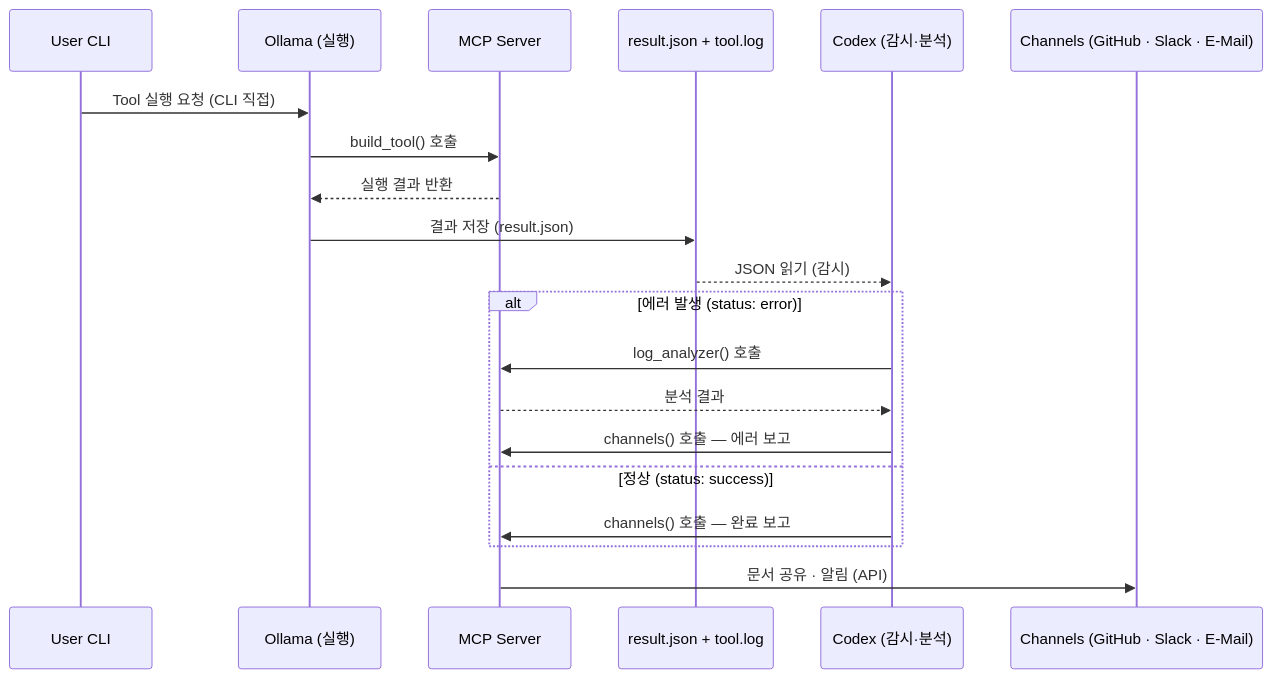
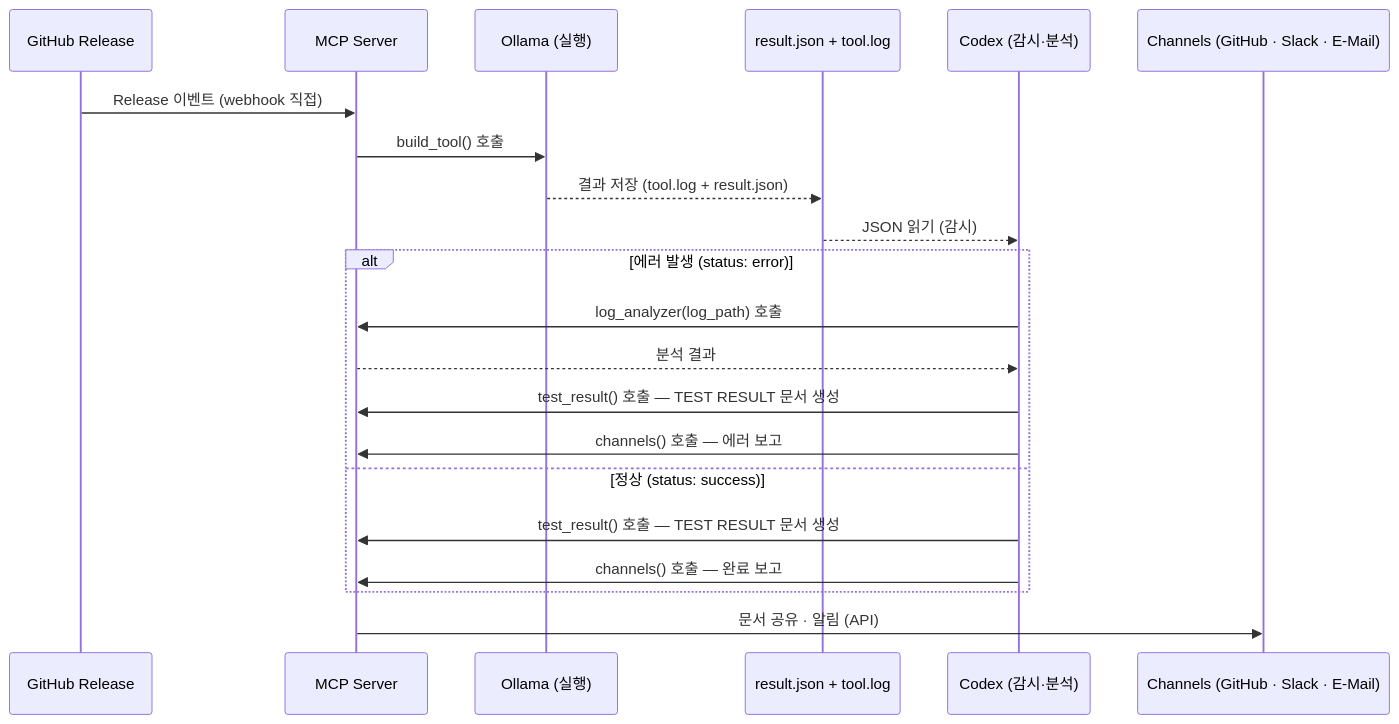
One commit to JeonghunLee/local-ai-agent-mcp changed the second of 2 diagrams in docs/mcp/mcp_server.md. Above: the diagram before and after it, drawn with Mermaid. The commit also changed other lines of this file and 3 other files, not shown here.

````diff
--- a/docs/mcp/mcp_server.md
+++ b/docs/mcp/mcp_server.md
@@ -111,23 +131,24 @@
 ```mermaid
 sequenceDiagram
-    participant U as User CLI
+    participant GH as GitHub Release
+    participant M as MCP Server
     participant OL as Ollama (실행)
-    participant M as MCP Server
     participant J as result.json + tool.log
     participant CX as Codex (감시·분석)
     participant CH as Channels (GitHub · Slack · E-Mail)
 
-    U->>OL: Tool 실행 요청 (CLI 직접)
-    OL->>M: build_tool() 호출
-    M-->>OL: 실행 결과 반환
-    OL->>J: 결과 저장 (result.json)
+    GH->>M: Release 이벤트 (webhook 직접)
+    M->>OL: build_tool() 호출
+    OL-->>J: 결과 저장 (tool.log + result.json)
     J-->>CX: JSON 읽기 (감시)
     alt 에러 발생 (status: error)
-        CX->>M: log_analyzer() 호출
+        CX->>M: log_analyzer(log_path) 호출
         M-->>CX: 분석 결과
+        CX->>M: test_result() 호출 — TEST RESULT 문서 생성
         CX->>M: channels() 호출 — 에러 보고
     else 정상 (status: success)
+        CX->>M: test_result() 호출 — TEST RESULT 문서 생성
         CX->>M: channels() 호출 — 완료 보고
     end
     M->>CH: 문서 공유 · 알림 (API)
 ```
````
